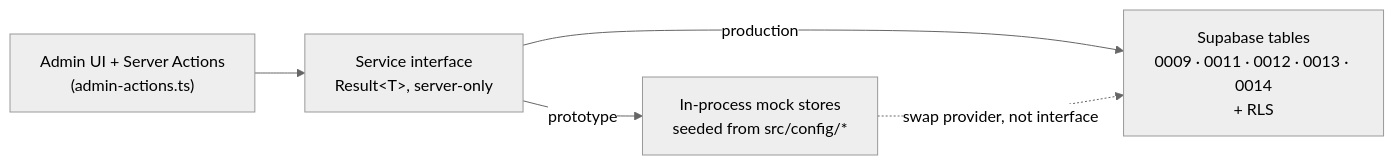
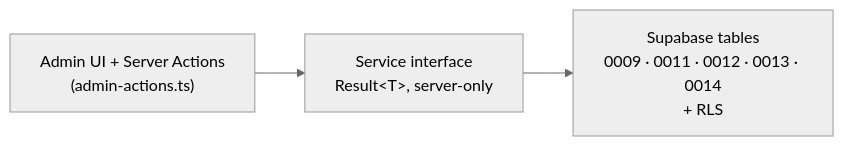
One commit to jayjay77uk/Juice-doctor changed the sixth of 6 diagrams in docs/architecture/13-ai-platform.md. Above: the diagram before and after it, drawn with Mermaid (neutral theme). The commit also changed other lines of this file and 84 other files, not shown here.

````diff
--- a/docs/architecture/13-ai-platform.md
+++ b/docs/architecture/13-ai-platform.md
@@ -366,7 +364,5 @@
 ```mermaid
 flowchart LR
   UI["Admin UI + Server Actions<br/>(admin-actions.ts)"] --> SVC["Service interface<br/>Result&lt;T&gt;, server-only"]
-  SVC -->|prototype| MOCK["In-process mock stores<br/>seeded from src/config/*"]
-  SVC -->|production| DB["Supabase tables<br/>0009 · 0011 · 0012 · 0013 · 0014<br/>+ RLS"]
-  MOCK -. "swap provider, not interface" .-> DB
+  SVC --> DB["Supabase tables<br/>0009 · 0011 · 0012 · 0013 · 0014<br/>+ RLS"]
 ```
````
